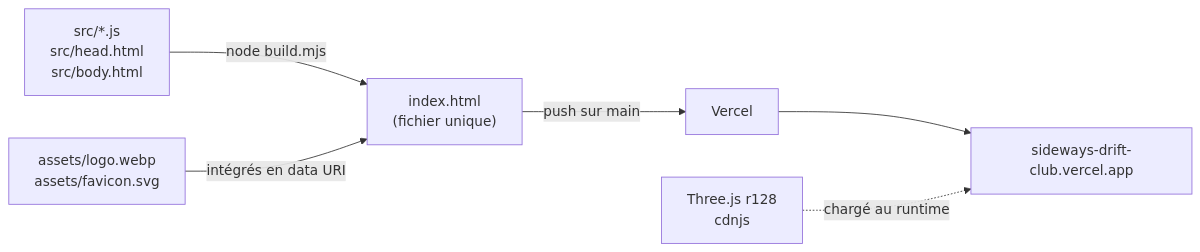
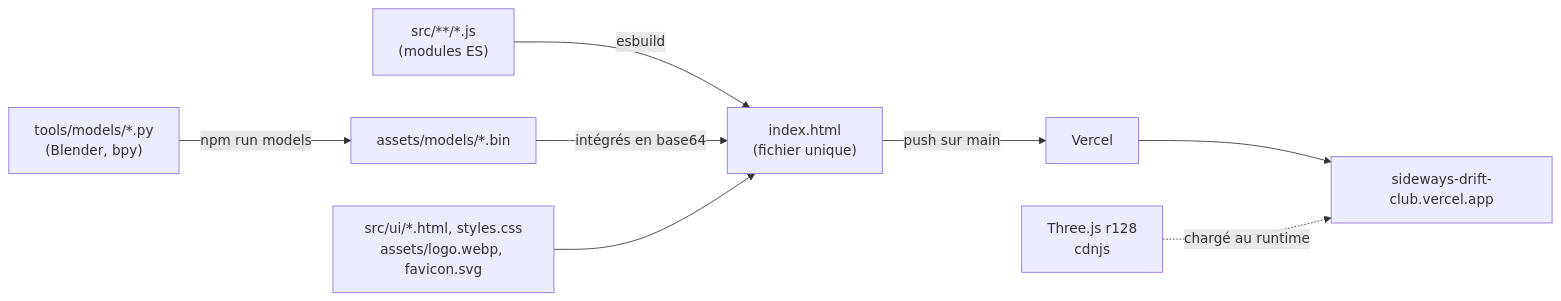
The diagram in README.md (shanlihenriderussy-rgb/Sideways-Drift-Club), drawn with Mermaid before and after one commit. The commit also changed other lines of this file and 25 other files, not shown here.

````diff
--- a/README.md
+++ b/README.md
@@ -127,8 +129,10 @@
 ```mermaid
 flowchart LR
-  A["src/*.js<br>src/head.html<br>src/body.html"] -->|node build.mjs| B["index.html<br>(fichier unique)"]
-  L["assets/logo.webp<br>assets/favicon.svg"] -->|intégrés en data URI| B
+  M["tools/models/*.py<br>(Blender, bpy)"] -->|npm run models| G["assets/models/*.bin"]
+  A["src/**/*.js<br>(modules ES)"] -->|esbuild| B["index.html<br>(fichier unique)"]
+  G -->|intégrés en base64| B
+  U["src/ui/*.html, styles.css<br>assets/logo.webp, favicon.svg"] --> B
   B -->|push sur main| V["Vercel"]
   V --> P["sideways-drift-club.vercel.app"]
   C["Three.js r128<br>cdnjs"] -.chargé au runtime.-> P
 ```
````
